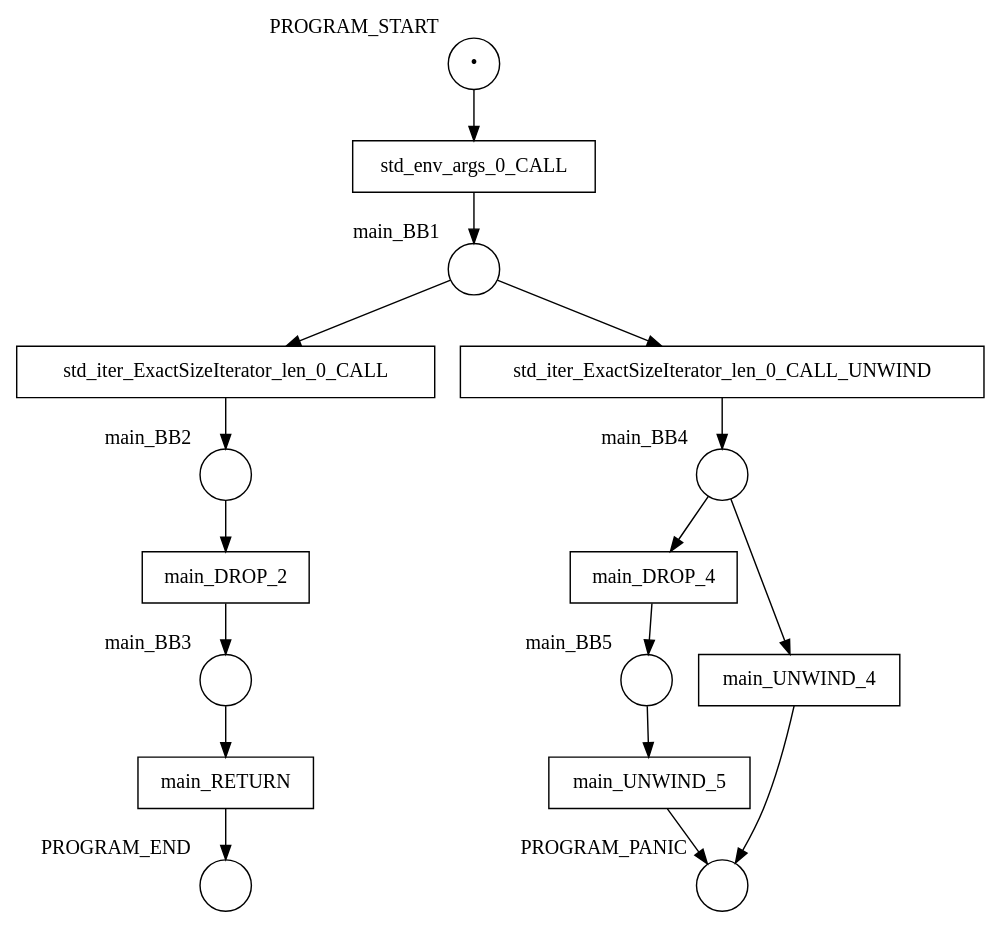
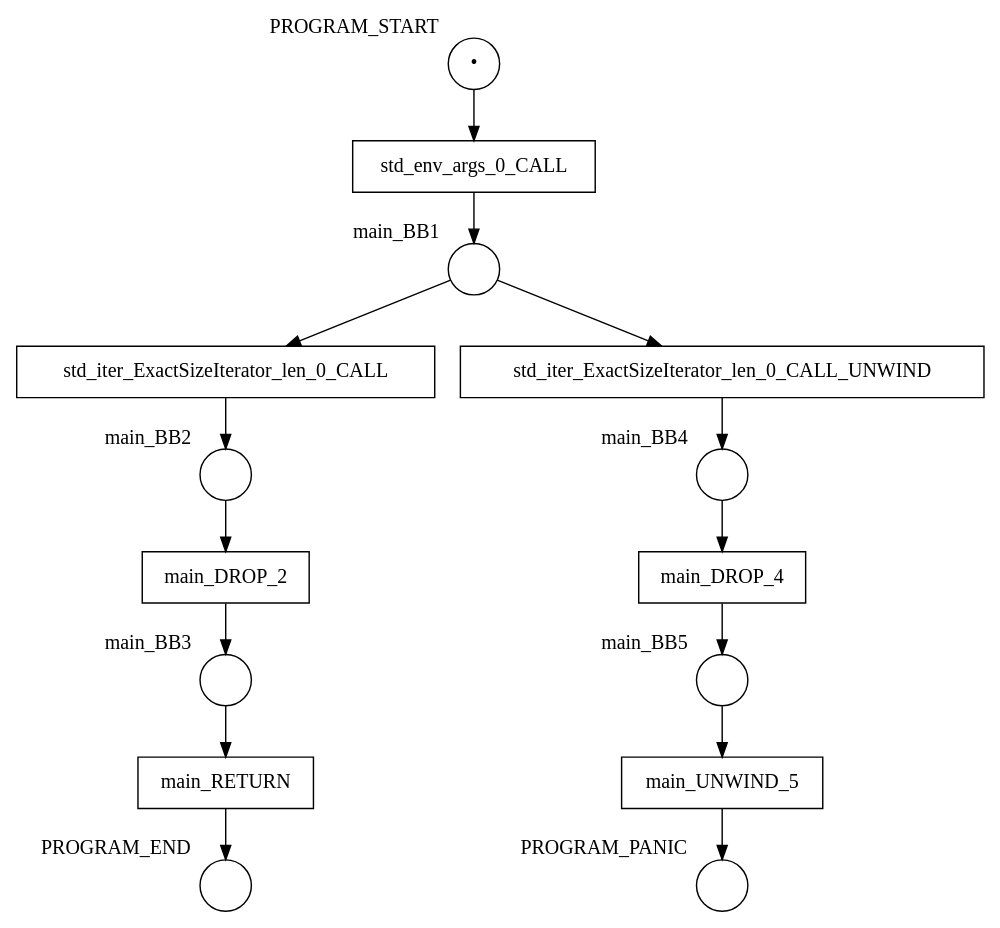
One commit to hlisdero/cargo-check-deadlock changed the diagram in examples/results/statement/match/net.dot. Above: the diagram before and after it, drawn with Graphviz. The commit also changed 38 other files, not shown here.

```diff
--- a/examples/results/statement/match/net.dot
+++ b/examples/results/statement/match/net.dot
@@ -1,34 +1,31 @@
 digraph petrinet {
     PROGRAM_END [shape="circle" xlabel="PROGRAM_END" label=""];
     PROGRAM_PANIC [shape="circle" xlabel="PROGRAM_PANIC" label=""];
     PROGRAM_START [shape="circle" xlabel="PROGRAM_START" label="•"];
     main_BB1 [shape="circle" xlabel="main_BB1" label=""];
     main_BB2 [shape="circle" xlabel="main_BB2" label=""];
     main_BB3 [shape="circle" xlabel="main_BB3" label=""];
     main_BB4 [shape="circle" xlabel="main_BB4" label=""];
     main_BB5 [shape="circle" xlabel="main_BB5" label=""];
     main_DROP_2 [shape="box" xlabel="" label="main_DROP_2"];
     main_DROP_4 [shape="box" xlabel="" label="main_DROP_4"];
     main_RETURN [shape="box" xlabel="" label="main_RETURN"];
-    main_UNWIND_4 [shape="box" xlabel="" label="main_UNWIND_4"];
     main_UNWIND_5 [shape="box" xlabel="" label="main_UNWIND_5"];
     std_env_args_0_CALL [shape="box" xlabel="" label="std_env_args_0_CALL"];
     std_iter_ExactSizeIterator_len_0_CALL [shape="box" xlabel="" label="std_iter_ExactSizeIterator_len_0_CALL"];
     std_iter_ExactSizeIterator_len_0_CALL_UNWIND [shape="box" xlabel="" label="std_iter_ExactSizeIterator_len_0_CALL_UNWIND"];
     PROGRAM_START -> std_env_args_0_CALL;
     main_BB1 -> std_iter_ExactSizeIterator_len_0_CALL;
     main_BB1 -> std_iter_ExactSizeIterator_len_0_CALL_UNWIND;
     main_BB2 -> main_DROP_2;
     main_BB3 -> main_RETURN;
     main_BB4 -> main_DROP_4;
-    main_BB4 -> main_UNWIND_4;
     main_BB5 -> main_UNWIND_5;
     main_DROP_2 -> main_BB3;
     main_DROP_4 -> main_BB5;
     main_RETURN -> PROGRAM_END;
-    main_UNWIND_4 -> PROGRAM_PANIC;
     main_UNWIND_5 -> PROGRAM_PANIC;
     std_env_args_0_CALL -> main_BB1;
     std_iter_ExactSizeIterator_len_0_CALL -> main_BB2;
     std_iter_ExactSizeIterator_len_0_CALL_UNWIND -> main_BB4;
 }
```
